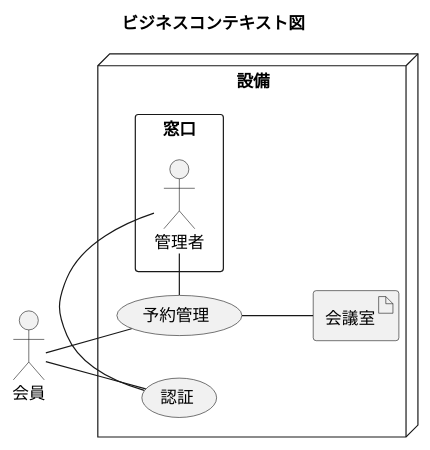
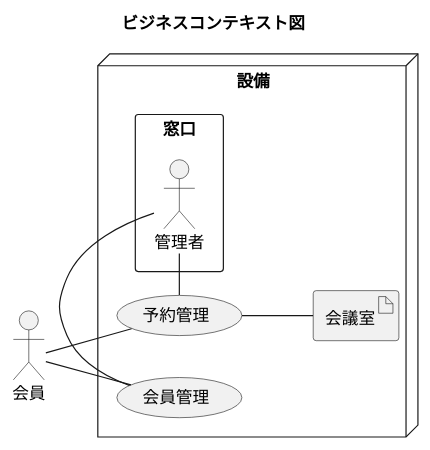
The third of 22 diagrams in docs/index.adoc (k2works/case-study-mrs), drawn with PlantUML before and after one commit. The commit also changed other lines of this file and 11 other files, not shown here.

```diff
--- a/docs/index.adoc
+++ b/docs/index.adoc
@@ -104,27 +104,27 @@
 [plantuml]
 ----
 @startuml
 
 title ビジネスコンテキスト図
 
 left to right direction
 
 actor 会員 as ac_01
 
 node 設備 {
   rectangle 窓口 {
     actor 管理者 as ac_02
   }
   usecase 予約管理 as uc_01
-  usecase 認証 as uc_02
+  usecase 会員管理 as uc_02
   artifact 会議室 as ar_01
 }
 
 ac_01 -- (uc_01)
 ac_01 -- (uc_02)
 (uc_01) -- (ar_01)
 (uc_01) - ac_02
 (uc_02) - ac_02
 
 @enduml
 ----
```
